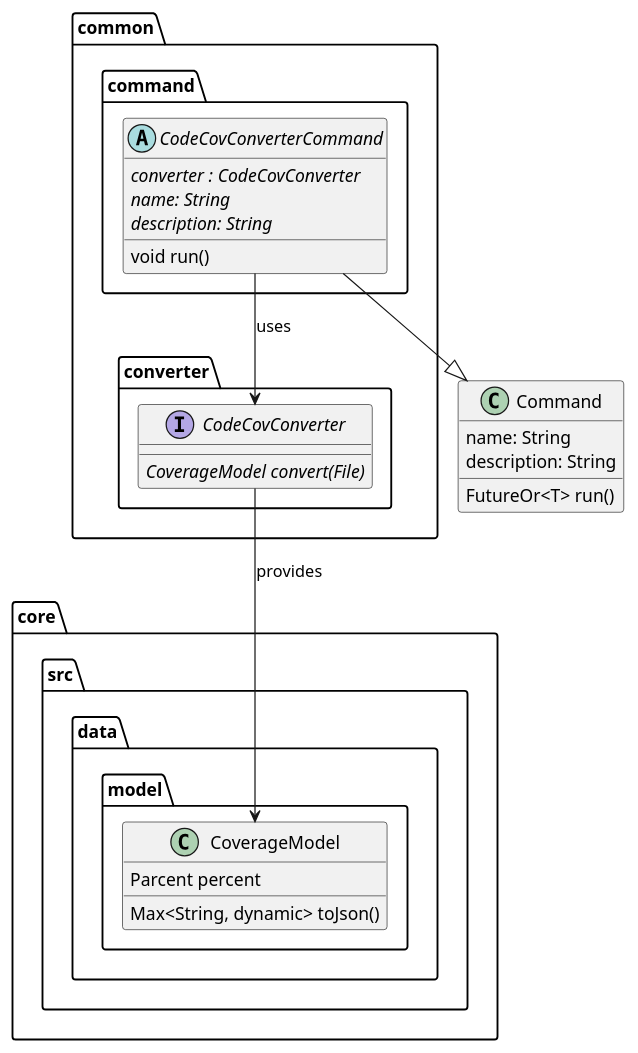
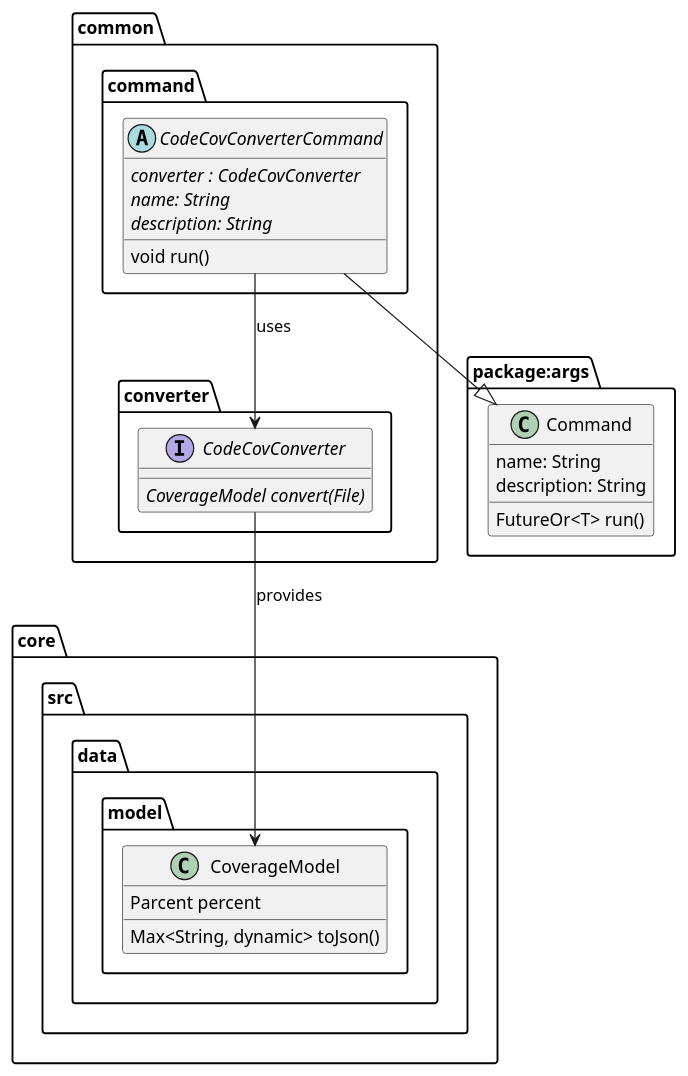
Before and after one commit to Flank/flank-dashboard: the diagram in metrics/codecov_converter/docs/diagrams/codecov_interfaces_diagram.puml, drawn with PlantUML. The commit also changed 1 other file, not shown here.

```diff
--- a/metrics/codecov_converter/docs/diagrams/codecov_interfaces_diagram.puml
+++ b/metrics/codecov_converter/docs/diagrams/codecov_interfaces_diagram.puml
@@ -1,38 +1,41 @@
 @startuml codecov_interfaces_diagram
 
-class Command {
-    name: String
-    description: String
-    FutureOr<T> run()
+package package:args {
+    class Command {
+        name: String
+        description: String
+        FutureOr<T> run()
+    }
 }
+
 
 package core.src.data.model {
     class CoverageModel {
         Parcent percent
         Max<String, dynamic> toJson()
     }
 }
 
 
 package common {
     package command {
         abstract CodeCovConverterCommand {
-            {abstract} converter : CodeCovConverter 
+            {abstract} converter : CodeCovConverter
             {abstract} name: String
             {abstract} description: String
             void run()
         }
     }
 
     package converter {
         interface CodeCovConverter {
             {abstract} CoverageModel convert(File)
         }
     }
 }
 
 CodeCovConverterCommand --|> Command
 CodeCovConverter --> CoverageModel : provides
 CodeCovConverterCommand --> CodeCovConverter : uses
 
 @enduml
```
